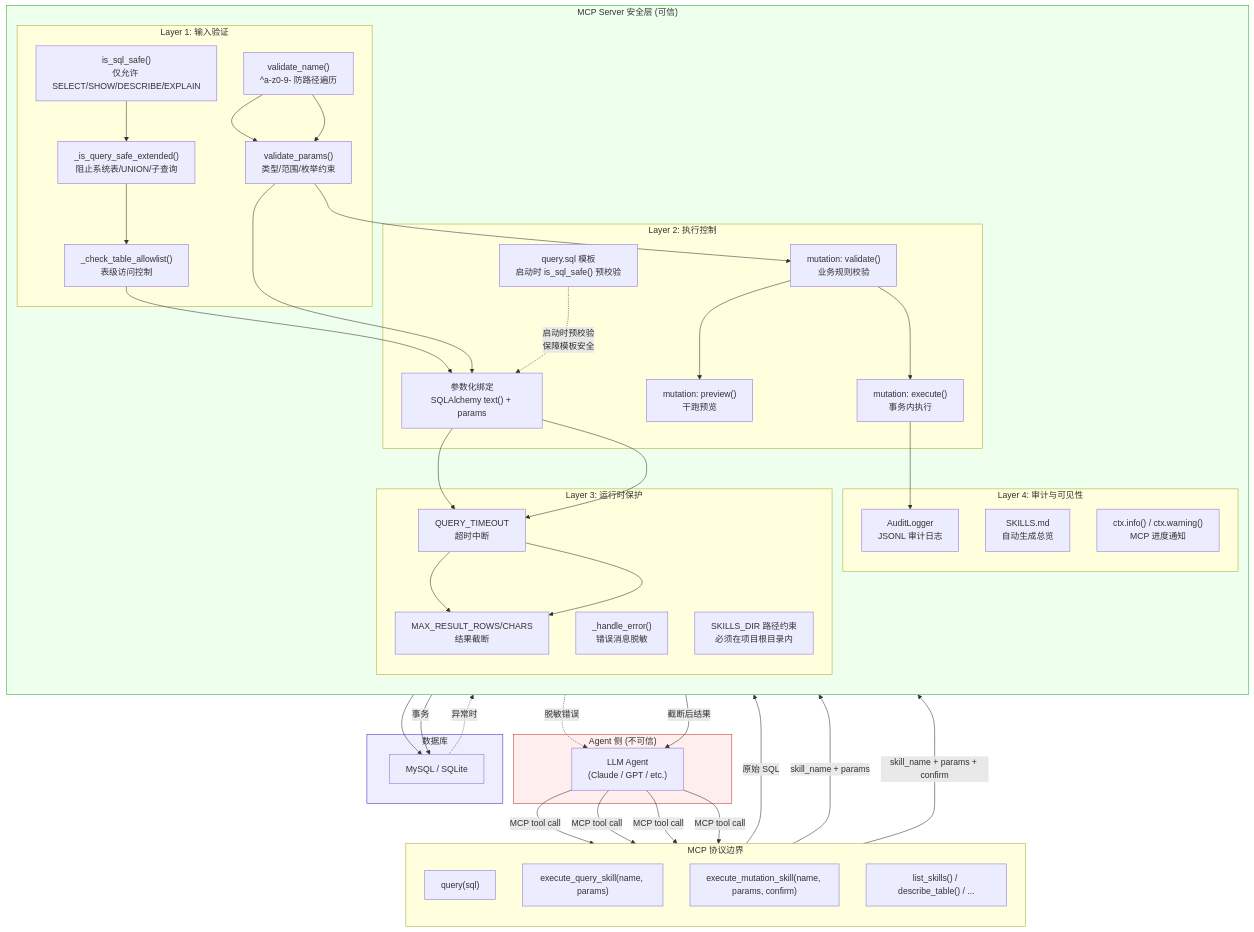
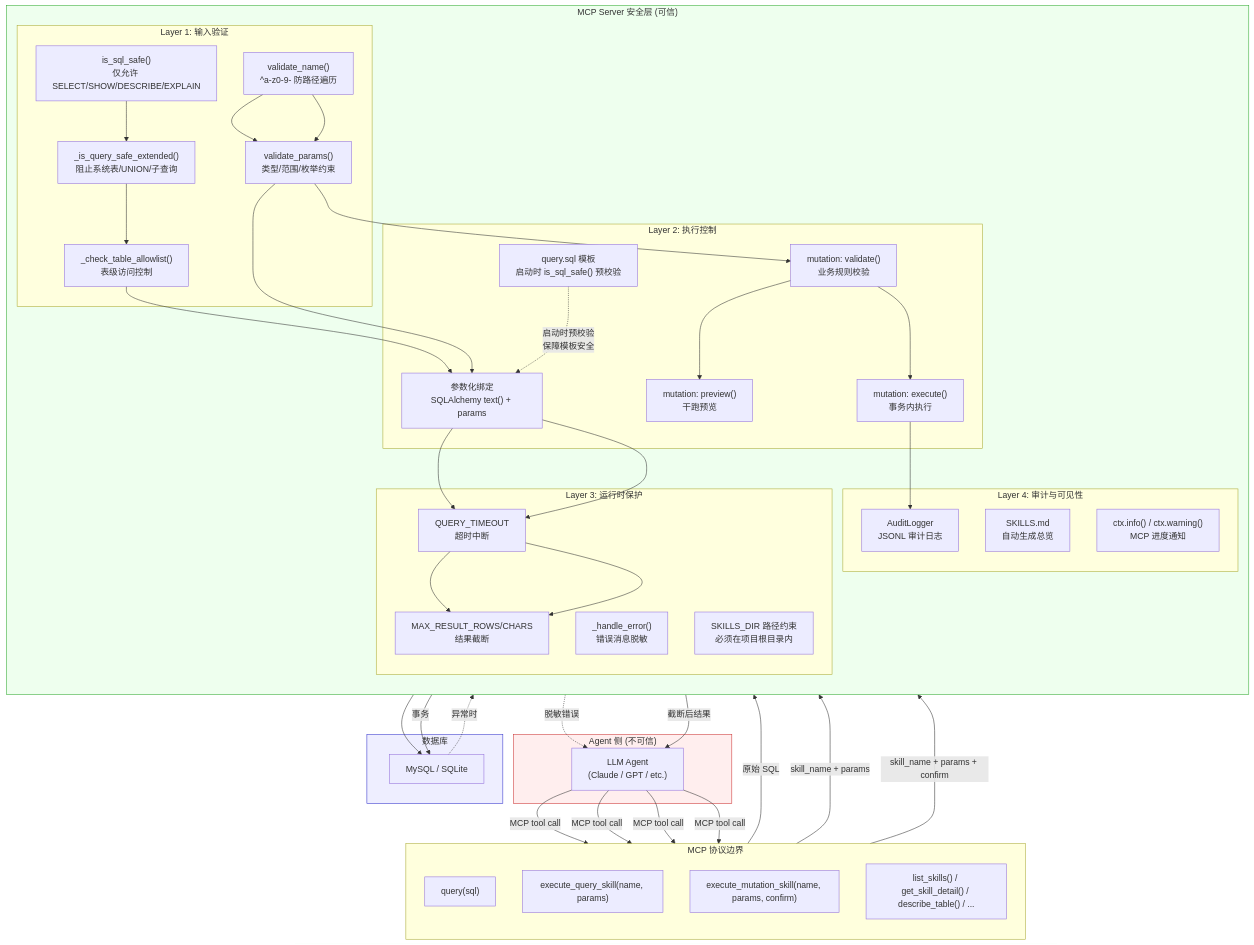
Before and after one commit to Firstmeridian/llm-sql-safety-executor-mcp: the first of 3 diagrams in README_ZH.md, drawn with Mermaid. The commit also changed other lines of this file and 21 other files, not shown here.

````diff
--- a/README_ZH.md
+++ b/README_ZH.md
@@ -253,70 +255,70 @@
 ```mermaid
 flowchart TB
     subgraph Agent["Agent 侧 (不可信)"]
         A1["LLM Agent<br/>(Claude / GPT / etc.)"]
     end
 
     subgraph MCP["MCP 协议边界"]
         direction TB
         T1["query(sql)"]
         T2["execute_query_skill(name, params)"]
         T3["execute_mutation_skill(name, params, confirm)"]
-        T4["list_skills() / describe_table() / ..."]
+        T4["list_skills() / get_skill_detail() / describe_table() / ..."]
     end
 
     subgraph Server["MCP Server 安全层 (可信)"]
         direction TB
 
         subgraph S1["Layer 1: 输入验证"]
             V1["is_sql_safe()<br/>仅允许 SELECT/SHOW/DESCRIBE/EXPLAIN"]
             V2["_is_query_safe_extended()<br/>阻止系统表/UNION/子查询"]
             V3["_check_table_allowlist()<br/>表级访问控制"]
             V4["validate_name()<br/>^a-z0-9- 防路径遍历"]
             V5["validate_params()<br/>类型/范围/枚举约束"]
         end
 
         subgraph S2["Layer 2: 执行控制"]
             E1["query.sql 模板<br/>启动时 is_sql_safe() 预校验"]
             E2["参数化绑定<br/>SQLAlchemy text() + params"]
             E3["mutation: validate()<br/>业务规则校验"]
             E4["mutation: preview()<br/>干跑预览"]
             E5["mutation: execute()<br/>事务内执行"]
         end
 
         subgraph S3["Layer 3: 运行时保护"]
             R1["QUERY_TIMEOUT<br/>超时中断"]
             R2["MAX_RESULT_ROWS/CHARS<br/>结果截断"]
             R3["_handle_error()<br/>错误消息脱敏"]
             R4["SKILLS_DIR 路径约束<br/>必须在项目根目录内"]
         end
 
         subgraph S4["Layer 4: 审计与可见性"]
             AU1["AuditLogger<br/>JSONL 审计日志"]
             AU2["SKILLS.md<br/>自动生成总览"]
             AU3["ctx.info() / ctx.warning()<br/>MCP 进度通知"]
         end
     end
 
     subgraph DB["数据库"]
         DB1["MySQL / SQLite"]
     end
 
     A1 -->|"MCP tool call"| T1 & T2 & T3 & T4
 
     T1 -->|"原始 SQL"| V1 --> V2 --> V3 --> E2 --> R1 --> R2
     T2 -->|"skill_name + params"| V4 --> V5 --> E2 --> R1 --> R2
     E1 -.->|"启动时预校验<br/>保障模板安全"| E2
     T3 -->|"skill_name + params + confirm"| V4 --> V5 --> E3 --> E4 & E5
 
     E2 --> DB1
     E5 -->|"事务"| DB1
     E5 --> AU1
 
     DB1 -.->|"异常时"| R3 -.->|"脱敏错误"| A1
     R2 -->|"截断后结果"| A1
 
     style Agent fill:#fee,stroke:#c33
     style Server fill:#efe,stroke:#3a3
     style DB fill:#eef,stroke:#33c
     style MCP fill:#ffd,stroke:#aa3
 ```
````
